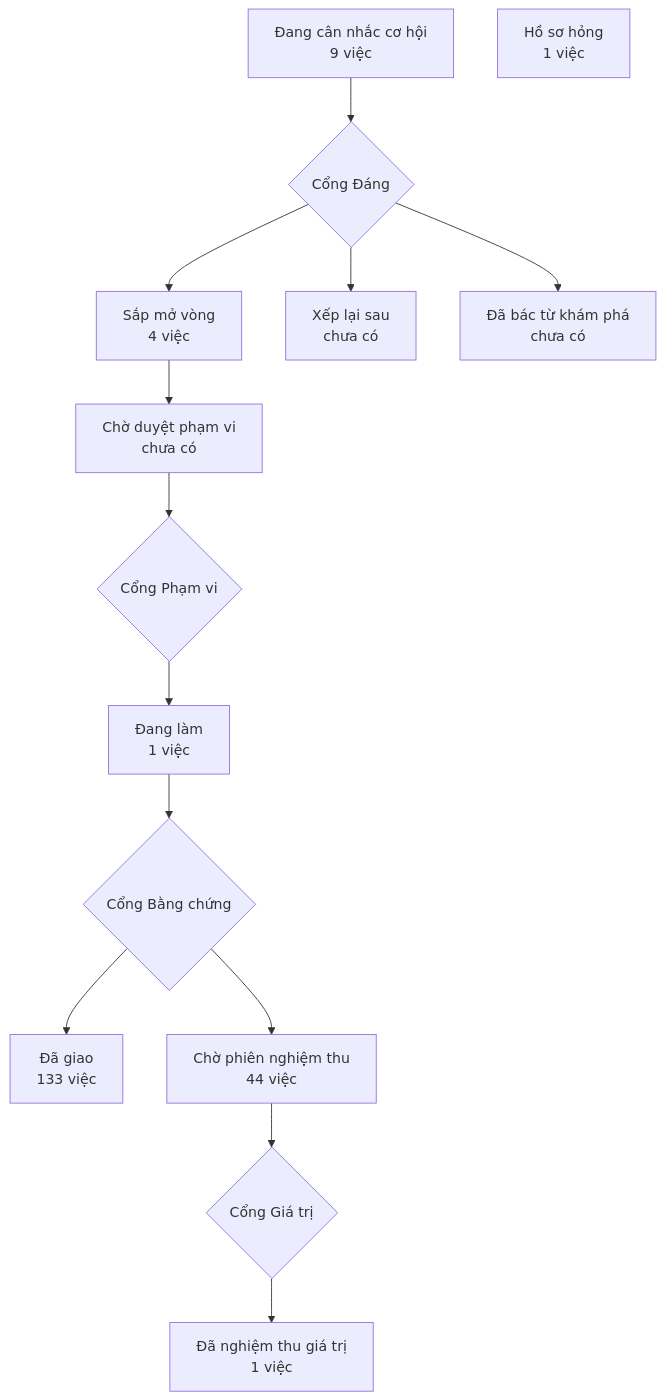
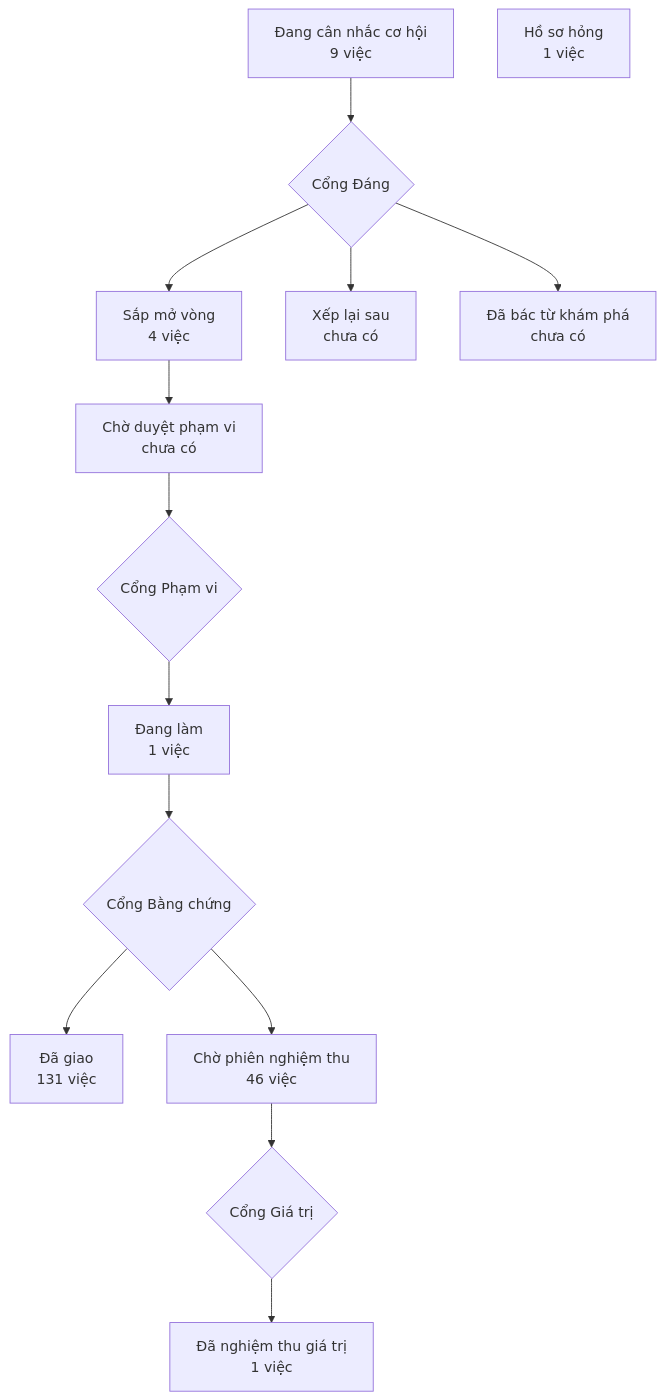
The diagram in PRODUCT-MAP.md (phanlemanh/crm-onehub), drawn with Mermaid before and after one commit. The commit also changed 2 other files, not shown here.

Commit message:
docs(acceptance): ho so co hoi bo sung cho okr-cua-toi-tach-theo-doi va okr-loai-hoc-tap
Soan sau khi gop (#300, #302) theo luat 28 cua dot sau-14-10; nguong mang tien to [de xuat].

````diff
--- a/PRODUCT-MAP.md
+++ b/PRODUCT-MAP.md
@@ -7,13 +7,13 @@
 ```mermaid
 flowchart TD
   A["Đang cân nhắc cơ hội<br/>9 việc"] --> GD{"Cổng Đáng"}
   GD --> B["Sắp mở vòng<br/>4 việc"]
   GD --> XL["Xếp lại sau<br/>chưa có"]
   GD --> DB["Đã bác từ khám phá<br/>chưa có"]
   B --> CD["Chờ duyệt phạm vi<br/>chưa có"] --> GP{"Cổng Phạm vi"}
   GP --> DL["Đang làm<br/>1 việc"] --> GB{"Cổng Bằng chứng"}
-  GB --> DG["Đã giao<br/>133 việc"]
-  GB --> CN["Chờ phiên nghiệm thu<br/>44 việc"] --> GG{"Cổng Giá trị"}
+  GB --> DG["Đã giao<br/>131 việc"]
+  GB --> CN["Chờ phiên nghiệm thu<br/>46 việc"] --> GG{"Cổng Giá trị"}
   GG --> NT["Đã nghiệm thu giá trị<br/>1 việc"]
   HS["Hồ sơ hỏng<br/>1 việc"]
 ```
````
